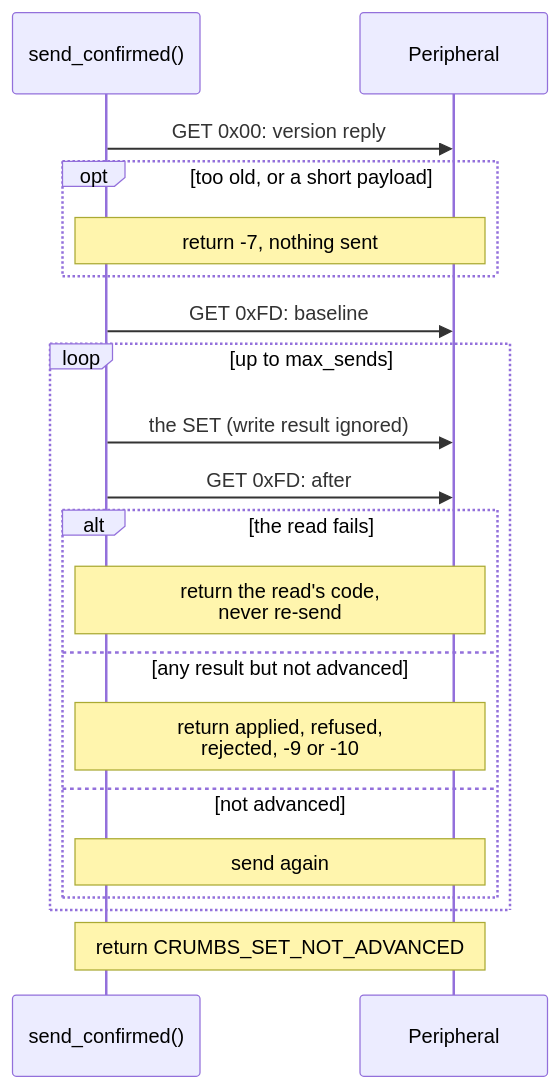
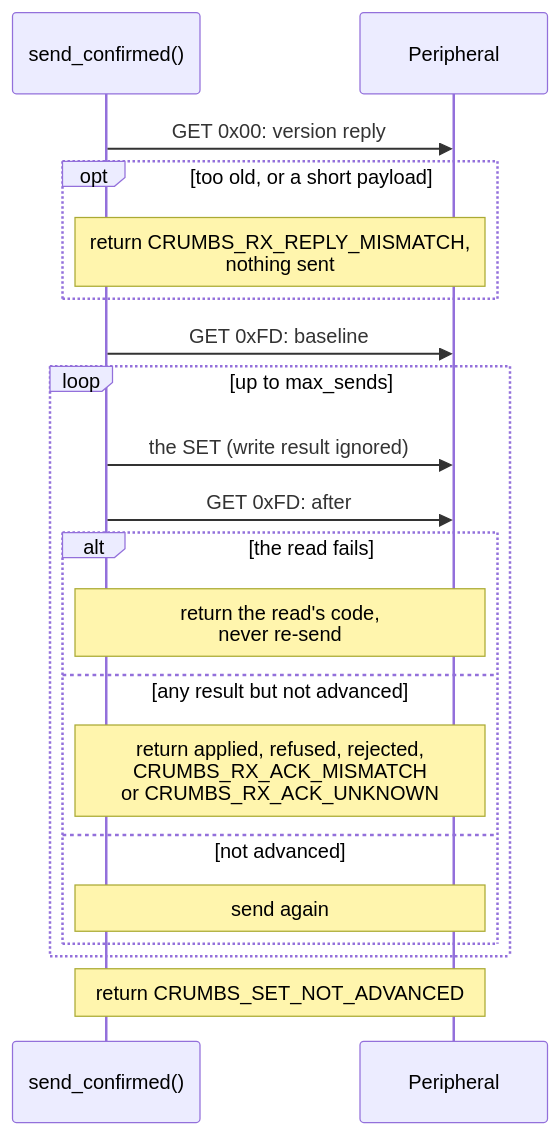
One commit to feastorg/CRUMBS changed the fourth of 5 diagrams in docs/architecture.md. Above: the diagram before and after it, drawn with Mermaid. The commit also changed other lines of this file and 2 other files, not shown here.

````diff
--- a/docs/architecture.md
+++ b/docs/architecture.md
@@ -179,22 +176,22 @@
 ```mermaid
 sequenceDiagram
     participant C as send_confirmed()
     participant P as Peripheral
     C->>P: GET 0x00: version reply
     opt too old, or a short payload
-        Note over C,P: return -7, nothing sent
+        Note over C,P: return CRUMBS_RX_REPLY_MISMATCH,<br/>nothing sent
     end
     C->>P: GET 0xFD: baseline
     loop up to max_sends
         C->>P: the SET (write result ignored)
         C->>P: GET 0xFD: after
         alt the read fails
             Note over C,P: return the read's code,<br/>never re-send
         else any result but not advanced
-            Note over C,P: return applied, refused,<br/>rejected, -9 or -10
+            Note over C,P: return applied, refused, rejected,<br/>CRUMBS_RX_ACK_MISMATCH<br/>or CRUMBS_RX_ACK_UNKNOWN
         else not advanced
             Note over C,P: send again
         end
     end
     Note over C,P: return CRUMBS_SET_NOT_ADVANCED
 ```
````
